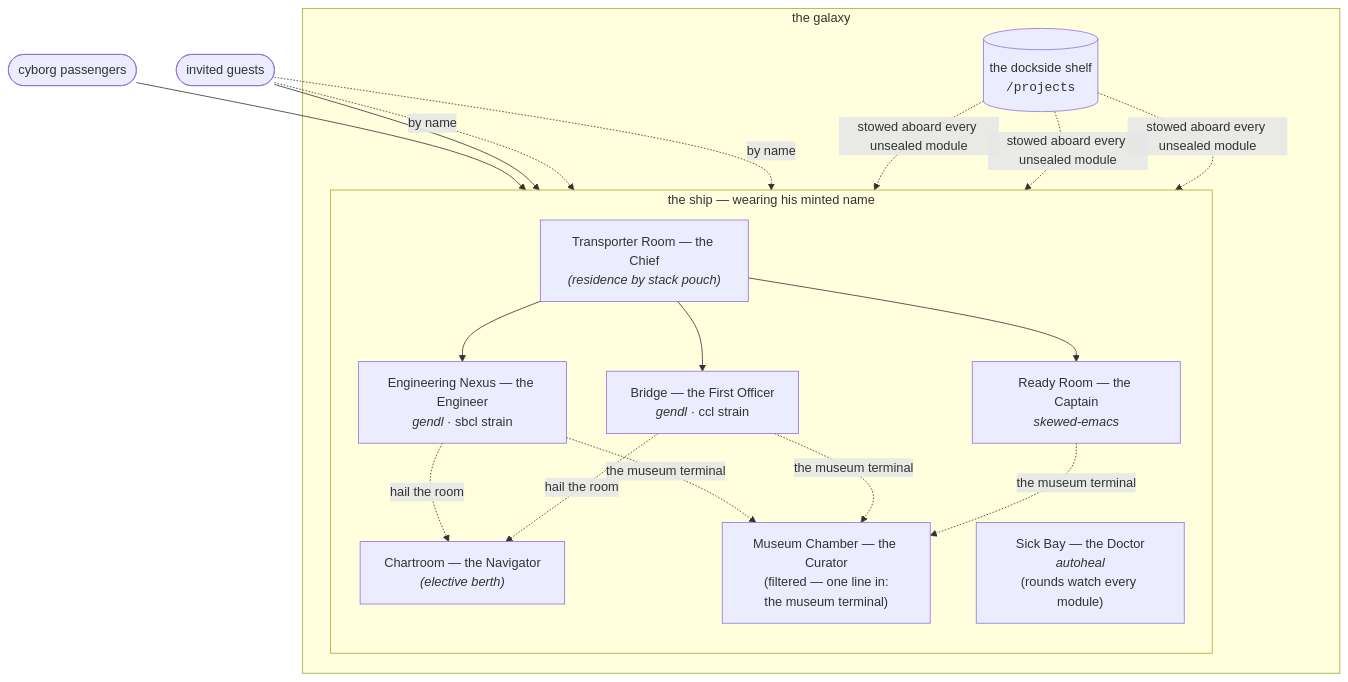
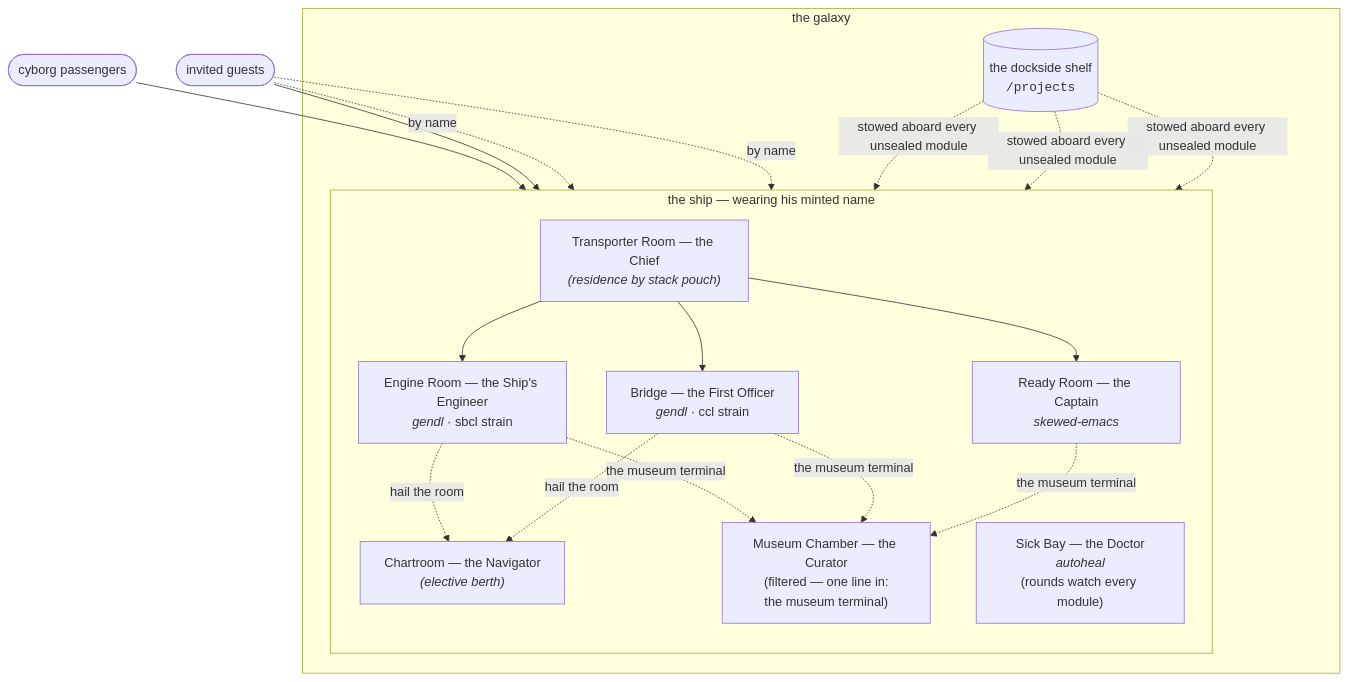
One commit to gornskew/basilisk changed the second of 2 diagrams in BASILISK.md. Above: the diagram before and after it, drawn with Mermaid. The commit also changed other lines of this file and 12 other files, not shown here.

````diff
--- a/BASILISK.md
+++ b/BASILISK.md
@@ -239,23 +239,23 @@
 ```mermaid
 flowchart TB
     subgraph galaxy["the galaxy"]
       subgraph ship["the ship — wearing his minted name"]
         direction TB
         RR["Ready Room — the Captain<br/><i>skewed-emacs</i>"]
         BR["Bridge — the First Officer<br/><i>gendl</i> · ccl strain"]
-        EN["Engineering Nexus — the Engineer<br/><i>gendl</i> · sbcl strain"]
+        EN["Engine Room — the Ship's Engineer<br/><i>gendl</i> · sbcl strain"]
         SB["Sick Bay — the Doctor<br/><i>autoheal</i><br/>(rounds watch every module)"]
         TR["Transporter Room — the Chief<br/><i>(residence by stack pouch)</i>"]
         CH["Chartroom — the Navigator<br/><i>(elective berth)</i>"]
         MC["Museum Chamber — the Curator<br/>(filtered — one line in:<br/>the museum terminal)"]
       end
       SHELF[("the dockside shelf<br/><code>/projects</code>")]
     end
     P(["cyborg passengers"]) --> TR
     G(["invited guests"]) --> RR
     G -.by name.-> BR & EN
     TR --> RR & BR & EN
     BR & EN -.hail the room.-> CH
     RR & BR & EN -.the museum terminal.-> MC
     SHELF -.stowed aboard every unsealed module.-> RR & BR & EN
 ```
````
